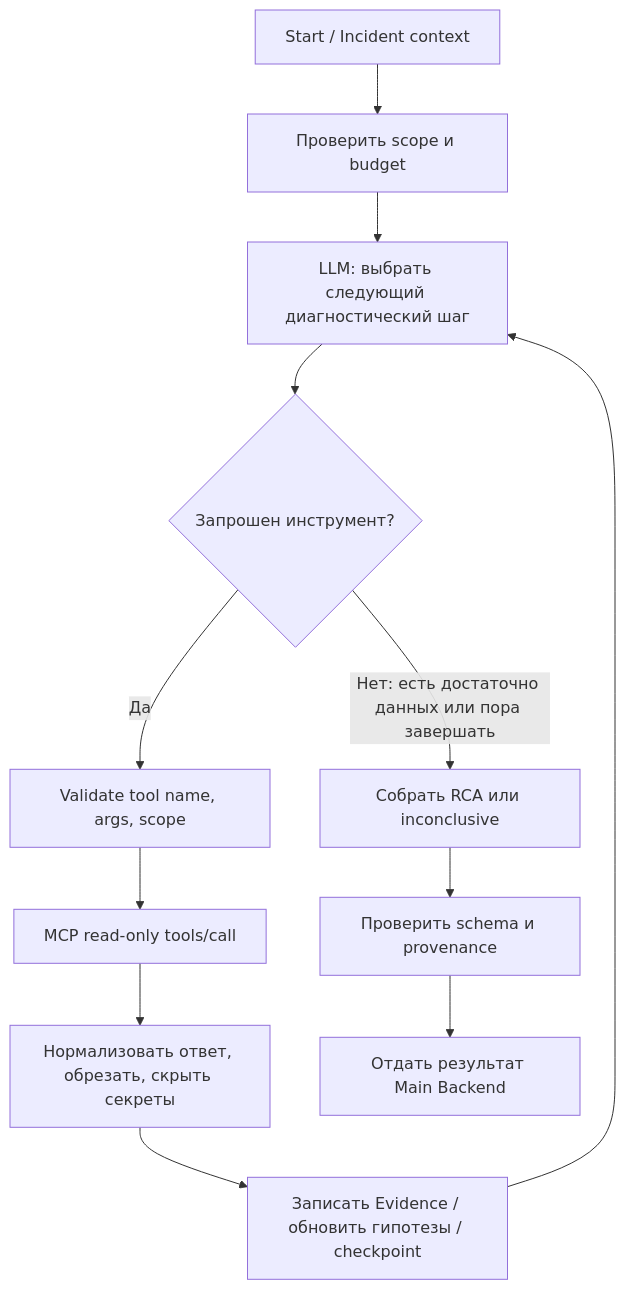
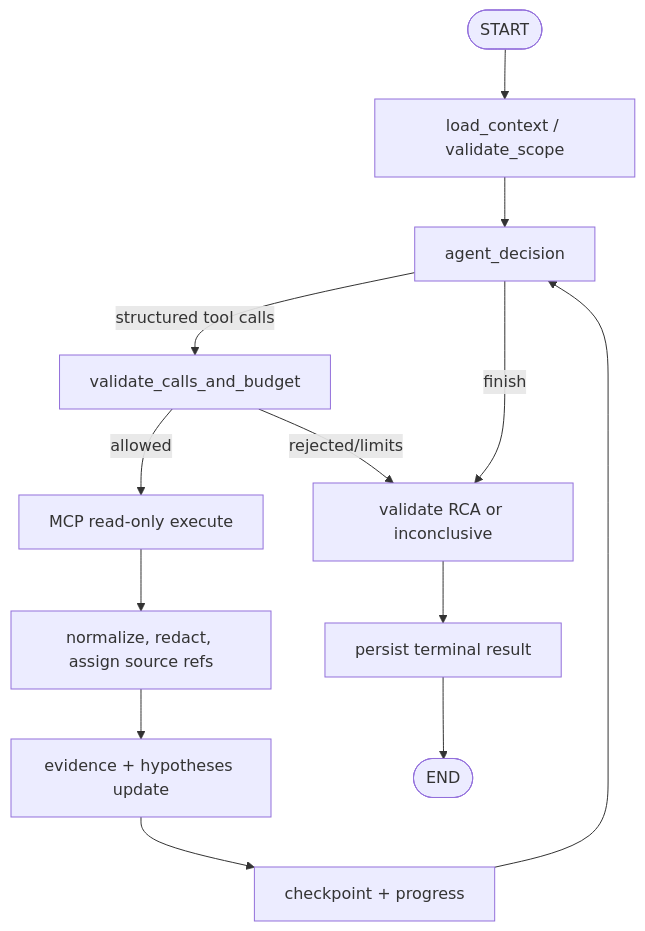
The diagram in 06_AI_AGENT.md (AI-Incident-Investigation-Platform/docs), drawn with Mermaid before and after one commit. The commit also changed other lines of this file and 10 other files, not shown here.

````diff
--- a/06_AI_AGENT.md
+++ b/06_AI_AGENT.md
@@ -12,14 +85,15 @@
 ```mermaid
 flowchart TD
- A[Start / Incident context] --> B[Проверить scope и budget]
- B --> C[LLM: выбрать следующий диагностический шаг]
- C --> D{Запрошен инструмент?}
- D -->|Да| E[Validate tool name, args, scope]
- E --> F[MCP read-only tools/call]
- F --> G[Нормализовать ответ, обрезать, скрыть секреты]
- G --> H[Записать Evidence / обновить гипотезы / checkpoint]
- H --> C
- D -->|Нет: есть достаточно данных или пора завершать| I[Собрать RCA или inconclusive]
- I --> J[Проверить schema и provenance]
- J --> K[Отдать результат Main Backend]
+ Start([START]) --> Prepare[load_context / validate_scope]
+ Prepare --> Decide[agent_decision]
+ Decide -->|structured tool calls| Policy[validate_calls_and_budget]
+ Policy -->|allowed| Tools[MCP read-only execute]
+ Tools --> Normalize[normalize, redact, assign source refs]
+ Normalize --> Evidence[evidence + hypotheses update]
+ Evidence --> Checkpoint[checkpoint + progress]
+ Checkpoint --> Decide
+ Decide -->|finish| Validate[validate RCA or inconclusive]
+ Policy -->|rejected/limits| Validate
+ Validate --> Persist[persist terminal result]
+ Persist --> End([END])
 ```
````
